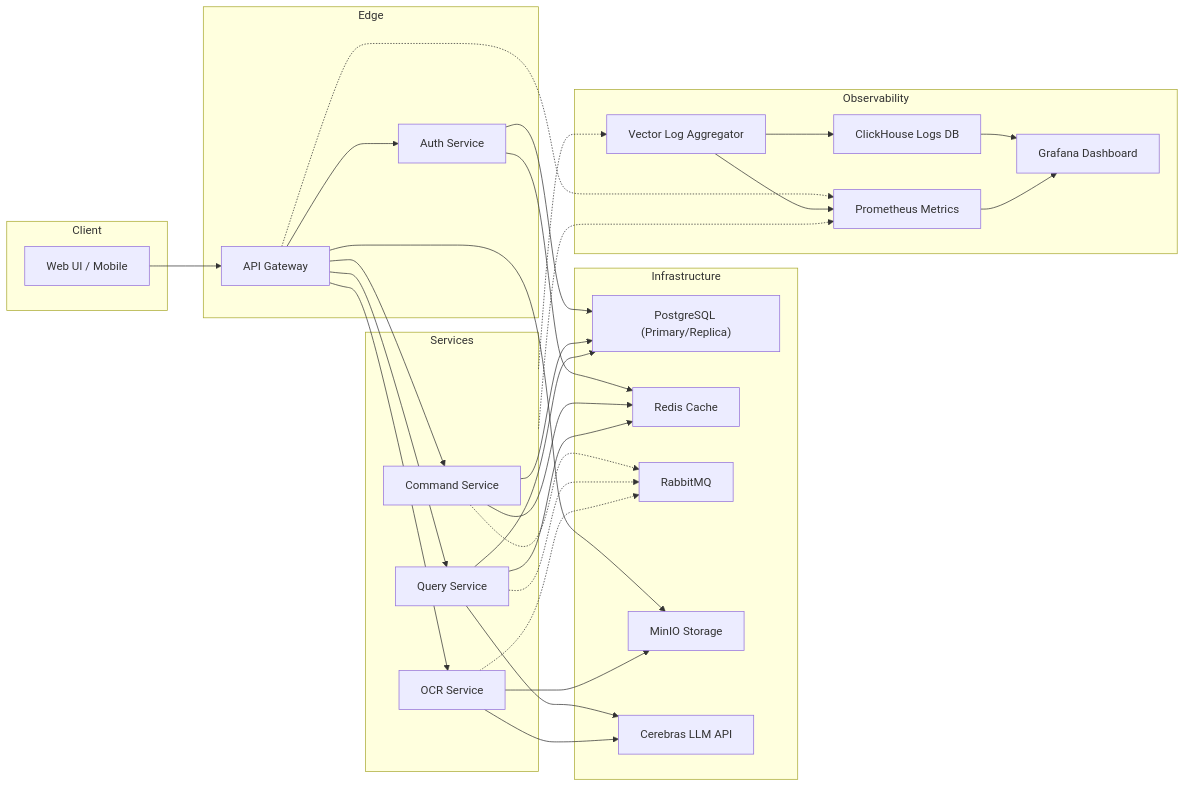
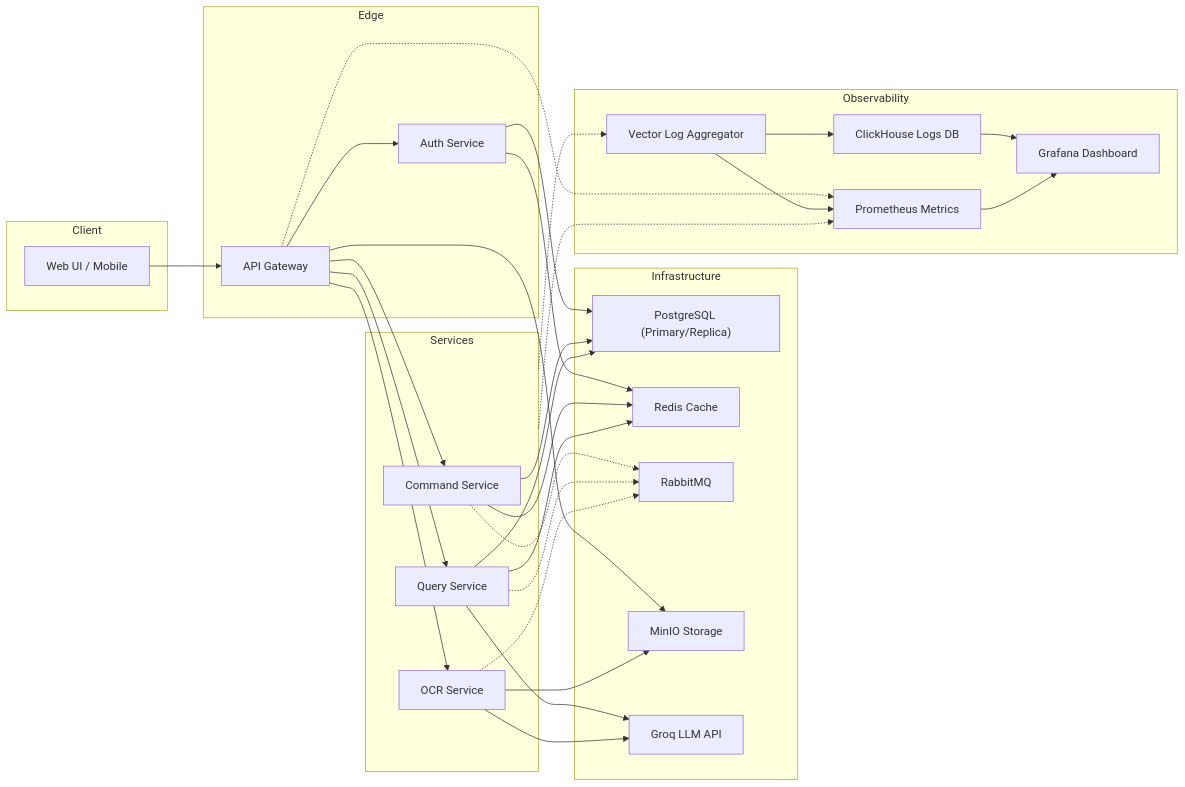
Before and after one commit to verginjose/Personal-Finance-Assistant: the diagram in README.md, drawn with Mermaid. The commit also changed other lines of this file and 18 other files, not shown here.

First line of the commit message:
feat: switch the LLM provider from Cerebras to Groq

````diff
--- a/README.md
+++ b/README.md
@@ -24,53 +24,53 @@
 ```mermaid
 flowchart LR
     subgraph Client
         UI[Web UI / Mobile]
     end
     subgraph Edge
         GW[API Gateway]
         Auth[Auth Service]
     end
     subgraph Services
         Command[Command Service]
         Query[Query Service]
         OCR[OCR Service]
     end
     subgraph Infrastructure
         PG["PostgreSQL (Primary/Replica)"]
         Redis[Redis Cache]
         RMQ[RabbitMQ]
         MinIO[MinIO Storage]
-        Cerebras[Cerebras LLM API]
+        Groq[Groq LLM API]
     end
     subgraph Observability
         Vector[Vector Log Aggregator]
         CH[ClickHouse Logs DB]
         Grafana[Grafana Dashboard]
         Prometheus[Prometheus Metrics]
     end
     UI --> GW
     GW --> Auth
     GW --> Command
     GW --> Query
     GW --> OCR
     GW --> MinIO
     Auth --> PG
     Command --> PG
     Query --> PG
     Auth --> Redis
     Command --> Redis
     Query --> Redis
     Command -.-> RMQ
     Query -.-> RMQ
     OCR -.-> RMQ
     OCR --> MinIO
-    Query --> Cerebras
-    OCR --> Cerebras
+    Query --> Groq
+    OCR --> Groq
     Services -.-> Vector
     Services -.-> Prometheus
     GW -.-> Prometheus
     Vector --> CH
     Vector --> Prometheus
     CH --> Grafana
     Prometheus --> Grafana
 ```
````
